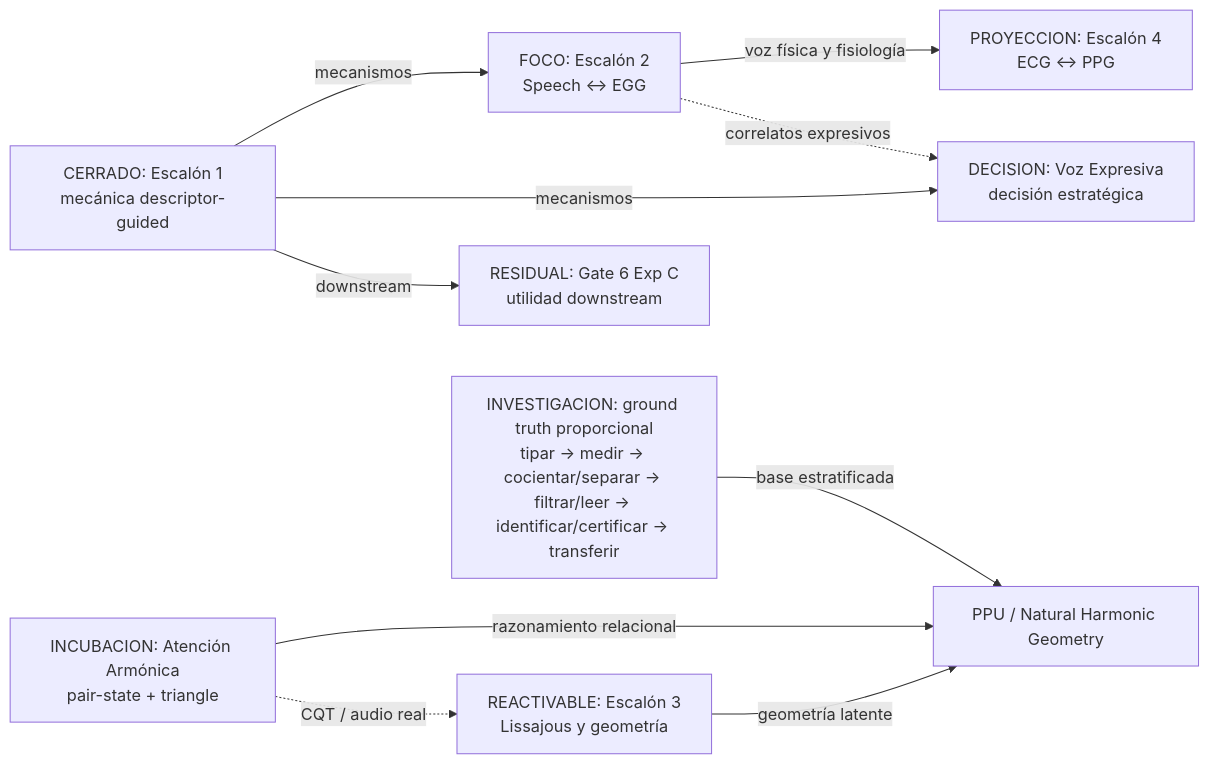
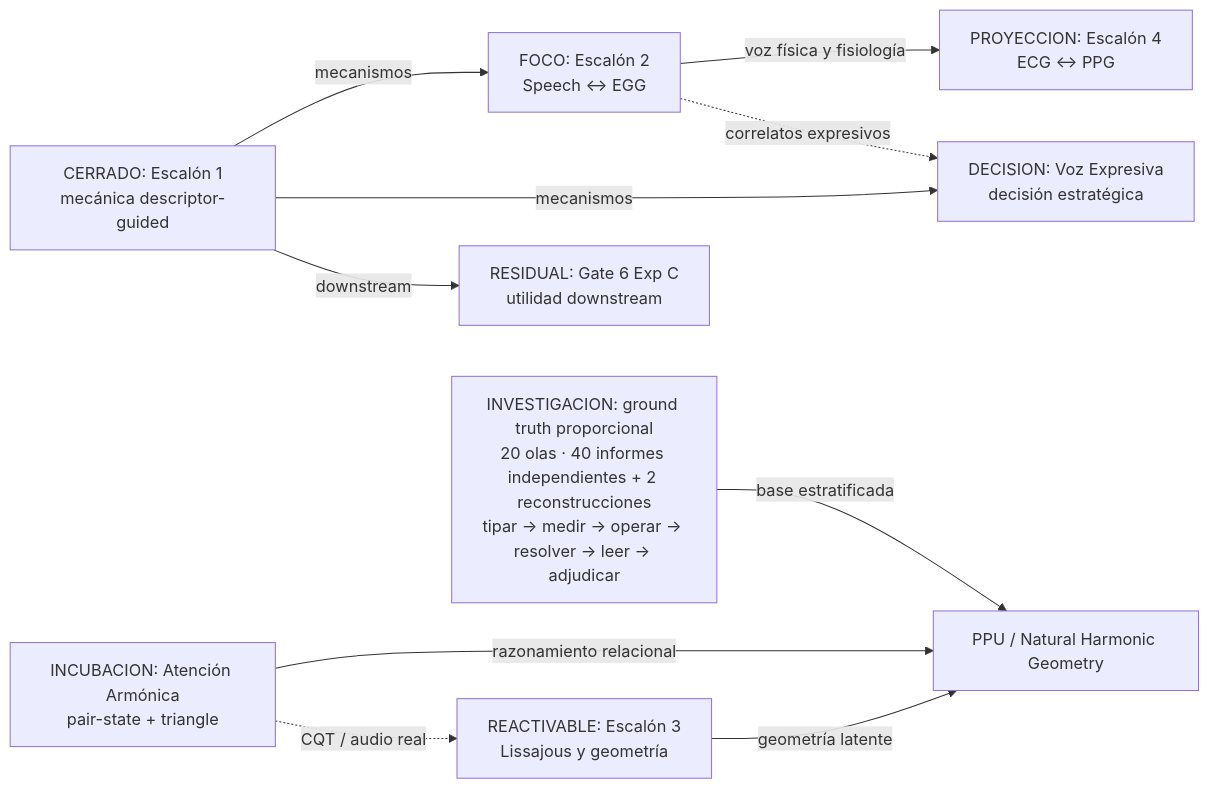
The first of 2 diagrams in Documents/05_WIKI/MAPA_VISUAL_DEL_PROGRAMA.md (Mar-IA-no/Phideus), drawn with Mermaid before and after one commit. The commit also changed other lines of this file and 10 other files, not shown here.

Commit message:
docs: integrate proportional ground-truth Wave 20

````diff
--- a/Documents/05_WIKI/MAPA_VISUAL_DEL_PROGRAMA.md
+++ b/Documents/05_WIKI/MAPA_VISUAL_DEL_PROGRAMA.md
@@ -36,22 +36,22 @@
 ```mermaid
 flowchart LR
     E1["CERRADO: Escalón 1<br/>mecánica descriptor-guided"]
     G6["RESIDUAL: Gate 6 Exp C<br/>utilidad downstream"]
     E2["FOCO: Escalón 2<br/>Speech ↔ EGG"]
     VE["DECISION: Voz Expresiva<br/>decisión estratégica"]
     E3["REACTIVABLE: Escalón 3<br/>Lissajous y geometría"]
     AA["INCUBACION: Atención Armónica<br/>pair-state + triangle"]
     E4["PROYECCION: Escalón 4<br/>ECG ↔ PPG"]
     PPU["PPU / Natural Harmonic Geometry"]
-    GT["INVESTIGACION: ground truth proporcional<br/>tipar → medir → cocientar/separar → filtrar/leer → identificar/certificar → transferir"]
+    GT["INVESTIGACION: ground truth proporcional<br/>20 olas · 40 informes independientes + 2 reconstrucciones<br/>tipar → medir → operar → resolver → leer → adjudicar"]
 
     E1 -->|mecanismos| E2
     E1 -->|mecanismos| VE
     E1 -->|downstream| G6
     E2 -->|voz física y fisiología| E4
     E2 -.->|correlatos expresivos| VE
     E3 -->|geometría latente| PPU
     AA -->|razonamiento relacional| PPU
     GT -->|base estratificada| PPU
     AA -.->|CQT / audio real| E3
 ```
````
